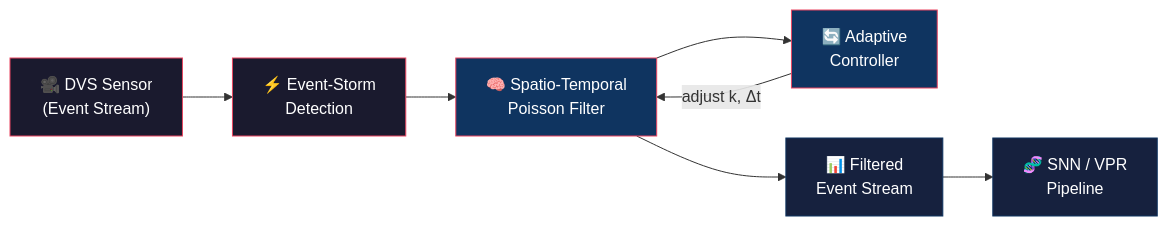
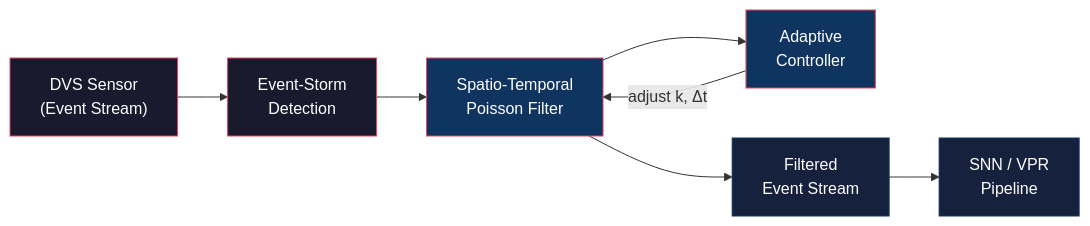
The diagram in README.md (cronenberg64/NET-VPR), drawn with Mermaid before and after one commit. The commit also changed other lines of this file and 12 other files, not shown here.

````diff
--- a/README.md
+++ b/README.md
@@ -24,16 +36,16 @@
 ```mermaid
 graph LR
-    A["🎥 DVS Sensor<br/>(Event Stream)"] --> B["⚡ Event-Storm<br/>Detection"]
-    B --> C["🧠 Spatio-Temporal<br/>Poisson Filter"]
-    C --> D["🔄 Adaptive<br/>Controller"]
+    A["DVS Sensor<br/>(Event Stream)"] --> B["Event-Storm<br/>Detection"]
+    B --> C["Spatio-Temporal<br/>Poisson Filter"]
+    C --> D["Adaptive<br/>Controller"]
     D -->|"adjust k, Δt"| C
-    C --> E["📊 Filtered<br/>Event Stream"]
-    E --> F["🧬 SNN / VPR<br/>Pipeline"]
+    C --> E["Filtered<br/>Event Stream"]
+    E --> F["SNN / VPR<br/>Pipeline"]
 
     style A fill:#1a1a2e,stroke:#e94560,color:#fff
     style B fill:#1a1a2e,stroke:#e94560,color:#fff
     style C fill:#0f3460,stroke:#e94560,color:#fff
     style D fill:#0f3460,stroke:#e94560,color:#fff
     style E fill:#16213e,stroke:#0f3460,color:#fff
     style F fill:#16213e,stroke:#0f3460,color:#fff
 ```
````
